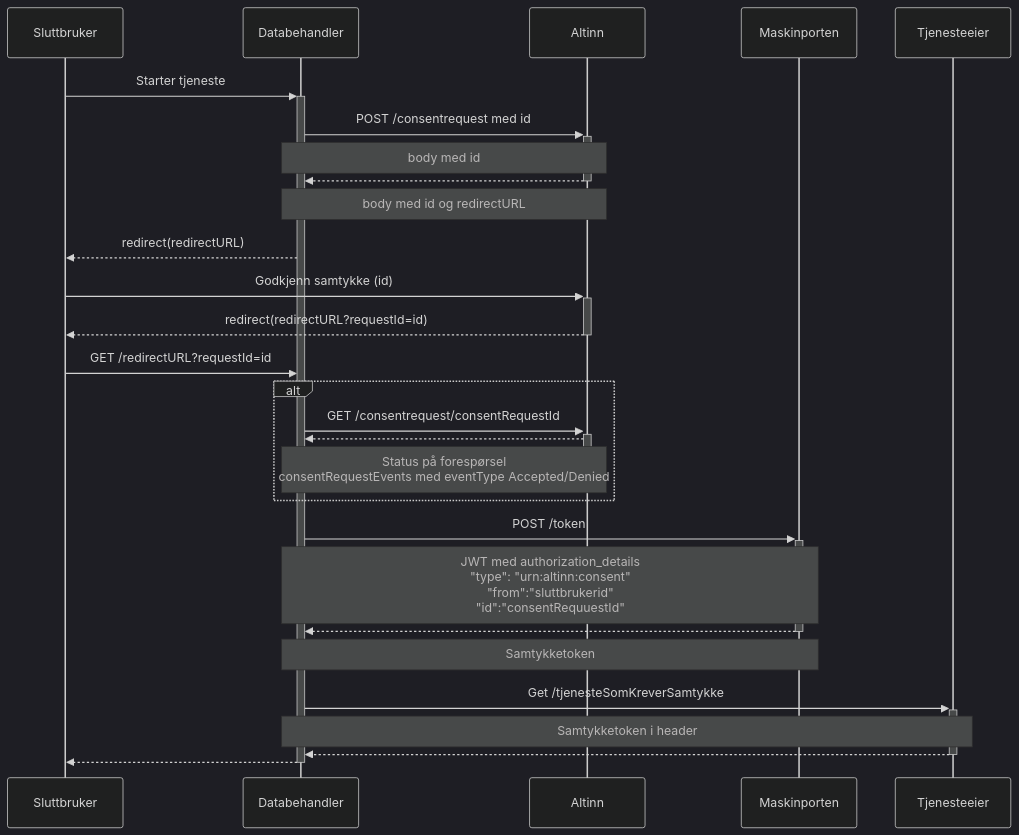
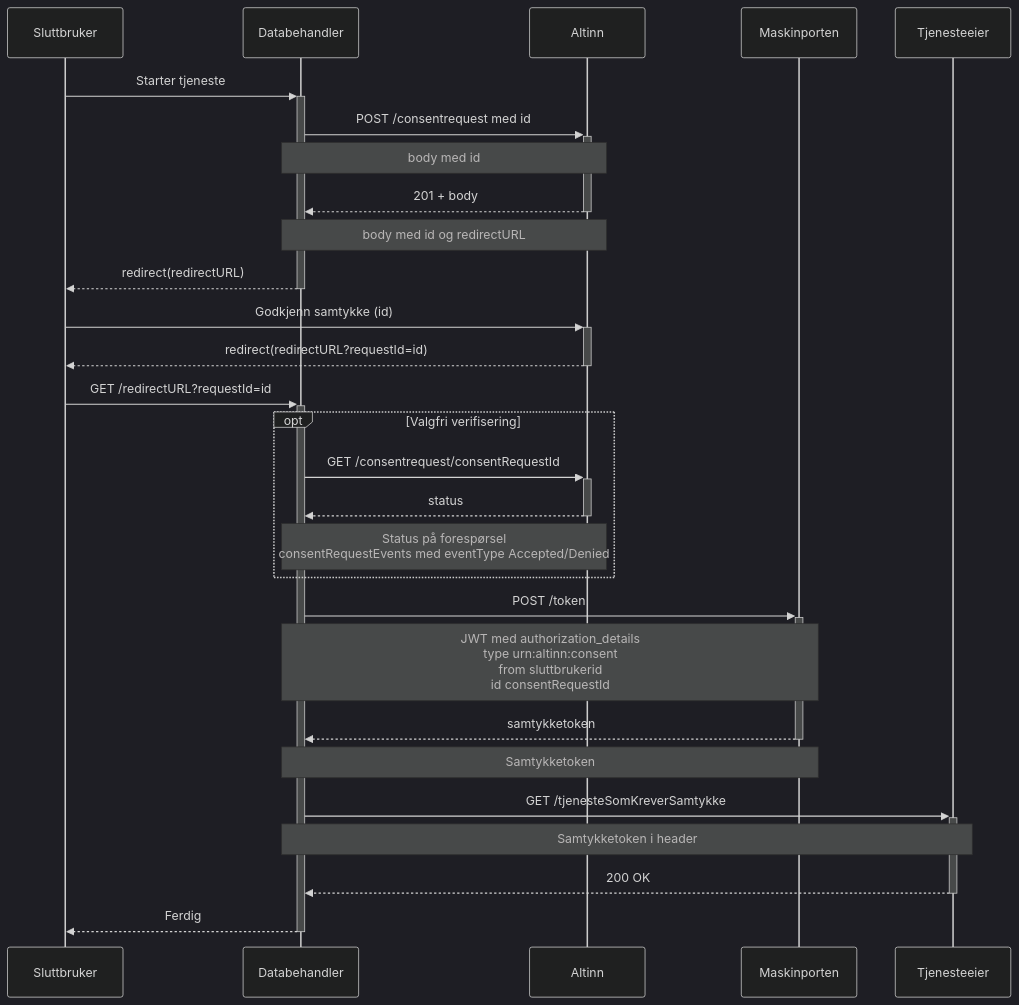
Before and after one commit to Altinn/altinn-studio-docs: the diagram in content/authorization/guides/system-vendor/consent/_index.en.md, drawn with Mermaid (dark theme). The commit also changed 1 other file, not shown here.

Commit message:
Ekorra patch 1 (#2651)
* Refactor consent flow sequence diagram

Updated sequence diagram to include participants and improved flow representation.

* Refactor consent flow diagram in documentation

Updated Mermaid diagram formatting and flow details for consent process.

* Fix mermaid syntax in consent guide

* Add flow diagram section to consent guide

* Update content/authorization/guides/system-vendor/consent/_index.en.md

* Update content/authorization/guides/system-vendor/consent/_index.nb.md

---------

```diff
--- a/content/authorization/guides/system-vendor/consent/_index.en.md
+++ b/content/authorization/guides/system-vendor/consent/_index.en.md
@@ -18,25 +18,31 @@
-{{<mermaid>}}
+{{< mermaid >}}
 sequenceDiagram
-Sluttbruker->>+Databehandler:Starter tjeneste
+participant Sluttbruker
+participant Databehandler
+participant Altinn
+participant Maskinporten
+participant Tjenesteeier
+
+Sluttbruker->>+Databehandler: Starter tjeneste
 Databehandler->>+Altinn: POST /consentrequest med id
 Note over Databehandler,Altinn: body med id
-Altinn-->>-Databehandler:
-Note over Altinn, Databehandler:body med id og redirectURL
-Databehandler-->>Sluttbruker: redirect(redirectURL)
-Sluttbruker ->>+Altinn: Godkjenn samtykke (id)
-Altinn -->>- Sluttbruker: redirect(redirectURL?requestId=id)
-Sluttbruker->>Databehandler: GET /redirectURL?requestId=id
-Alt
+Altinn-->>-Databehandler: 201 + body
+Note over Altinn,Databehandler: body med id og redirectURL
+Databehandler-->>-Sluttbruker: redirect(redirectURL)
+Sluttbruker->>+Altinn: Godkjenn samtykke (id)
+Altinn-->>-Sluttbruker: redirect(redirectURL?requestId=id)
+Sluttbruker->>+Databehandler: GET /redirectURL?requestId=id
+opt Valgfri verifisering
 Databehandler->>+Altinn: GET /consentrequest/consentRequestId
-Altinn-->>-Databehandler:
-Note over Altinn, Databehandler: Status på forespørsel <br/> consentRequestEvents med eventType Accepted/Denied
-End
+Altinn-->>-Databehandler: status
+Note over Altinn,Databehandler: Status på forespørsel <br/> consentRequestEvents med eventType Accepted/Denied
+end
 Databehandler->>+Maskinporten: POST /token
-Note over Databehandler, Maskinporten: JWT med authorization_details <br/> "type": "urn:altinn:consent" <br/> "from":"sluttbrukerid"<br/> "id":"consentRequuestId"
-Maskinporten-->>-Databehandler:
+Note over Databehandler,Maskinporten: JWT med authorization_details <br/> type urn:altinn:consent <br/> from sluttbrukerid <br/> id consentRequestId
+Maskinporten-->>-Databehandler: samtykketoken
 Note over Maskinporten,Databehandler: Samtykketoken
-Databehandler->>+Tjenesteeier: Get /tjenesteSomKreverSamtykke
-Note over Databehandler, Tjenesteeier: Samtykketoken i header
-Tjenesteeier -->>- Databehandler:
-Databehandler-->>-Sluttbruker:
+Databehandler->>+Tjenesteeier: GET /tjenesteSomKreverSamtykke
+Note over Databehandler,Tjenesteeier: Samtykketoken i header
+Tjenesteeier-->>-Databehandler: 200 OK
+Databehandler-->>-Sluttbruker: Ferdig
 {{< /mermaid >}}
```
